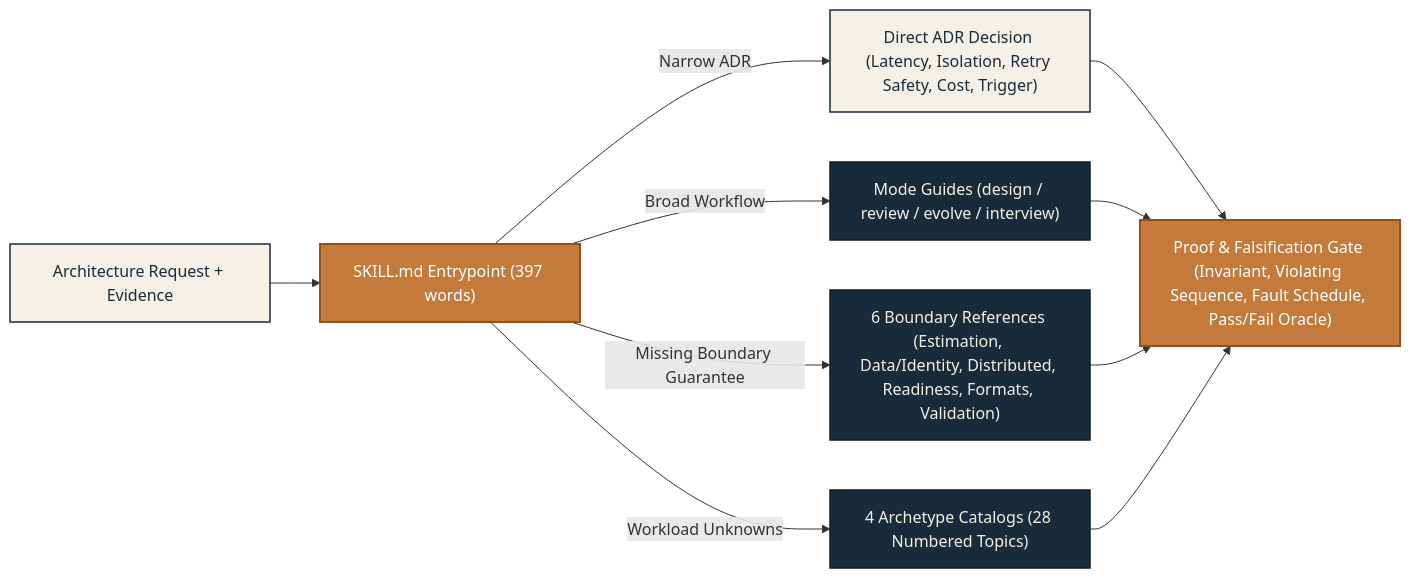
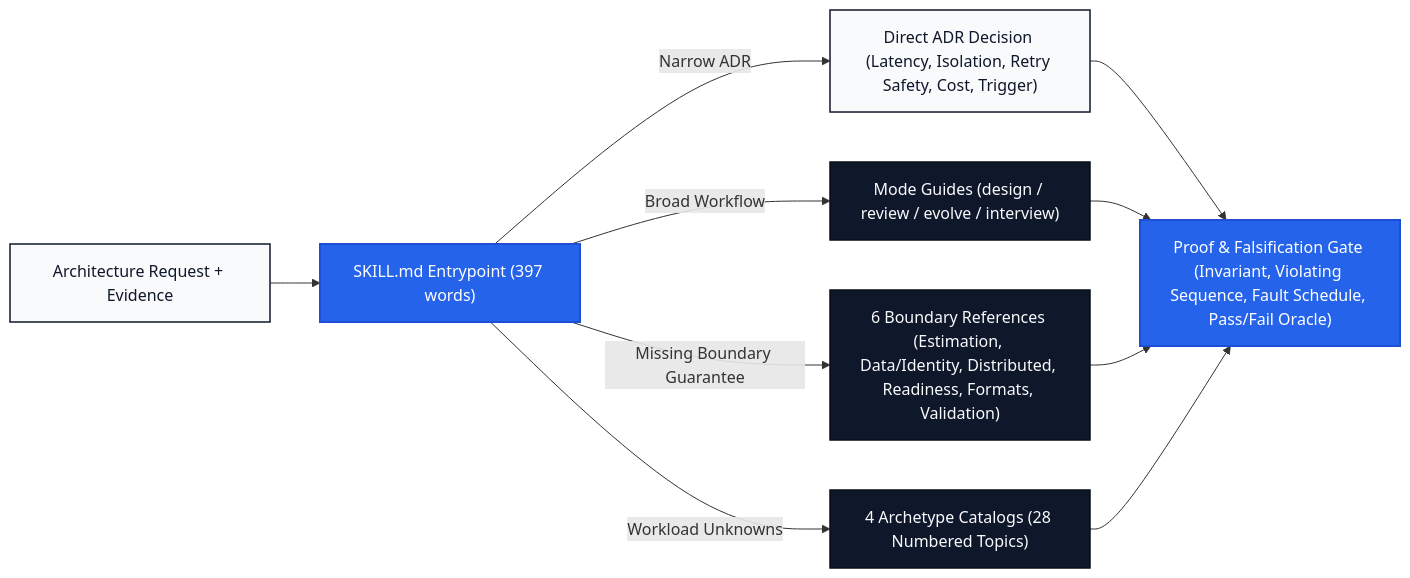
The diagram in README.md (Woffluon/system-design-compass), drawn with Mermaid before and after one commit. The commit also changed other lines of this file and 7 other files, not shown here.

````diff
--- a/README.md
+++ b/README.md
@@ -106,15 +91,15 @@
 ```mermaid
 flowchart LR
-    classDef navy fill:#172b3a,stroke:#0d1b26,color:#f6f1e7,stroke-width:1.5px
-    classDef copper fill:#c47a3b,stroke:#8f5322,color:#ffffff,stroke-width:2px
-    classDef slate fill:#f6f1e7,stroke:#172b3a,color:#172b3a,stroke-width:1.5px
+    classDef navy fill:#0f172a,stroke:#090d16,color:#f8fafc,stroke-width:1.5px
+    classDef cobalt fill:#2563eb,stroke:#1d4ed8,color:#ffffff,stroke-width:2px
+    classDef slate fill:#f8fafc,stroke:#0f172a,color:#0f172a,stroke-width:1.5px
 
-    Req["Architecture Request + Evidence"]:::slate --> Entry["SKILL.md Entrypoint (397 words)"]:::copper
+    Req["Architecture Request + Evidence"]:::slate --> Entry["SKILL.md Entrypoint (397 words)"]:::cobalt
 
     Entry -->|"Narrow ADR"| Narrow["Direct ADR Decision (Latency, Isolation, Retry Safety, Cost, Trigger)"]:::slate
     Entry -->|"Broad Workflow"| Modes["Mode Guides (design / review / evolve / interview)"]:::navy
     Entry -->|"Missing Boundary Guarantee"| Bounds["6 Boundary References (Estimation, Data/Identity, Distributed, Readiness, Formats, Validation)"]:::navy
     Entry -->|"Workload Unknowns"| Arch["4 Archetype Catalogs (28 Numbered Topics)"]:::navy
 
-    Narrow & Modes & Bounds & Arch --> Gate["Proof & Falsification Gate (Invariant, Violating Sequence, Fault Schedule, Pass/Fail Oracle)"]:::copper
+    Narrow & Modes & Bounds & Arch --> Gate["Proof & Falsification Gate (Invariant, Violating Sequence, Fault Schedule, Pass/Fail Oracle)"]:::cobalt
 ```
````
